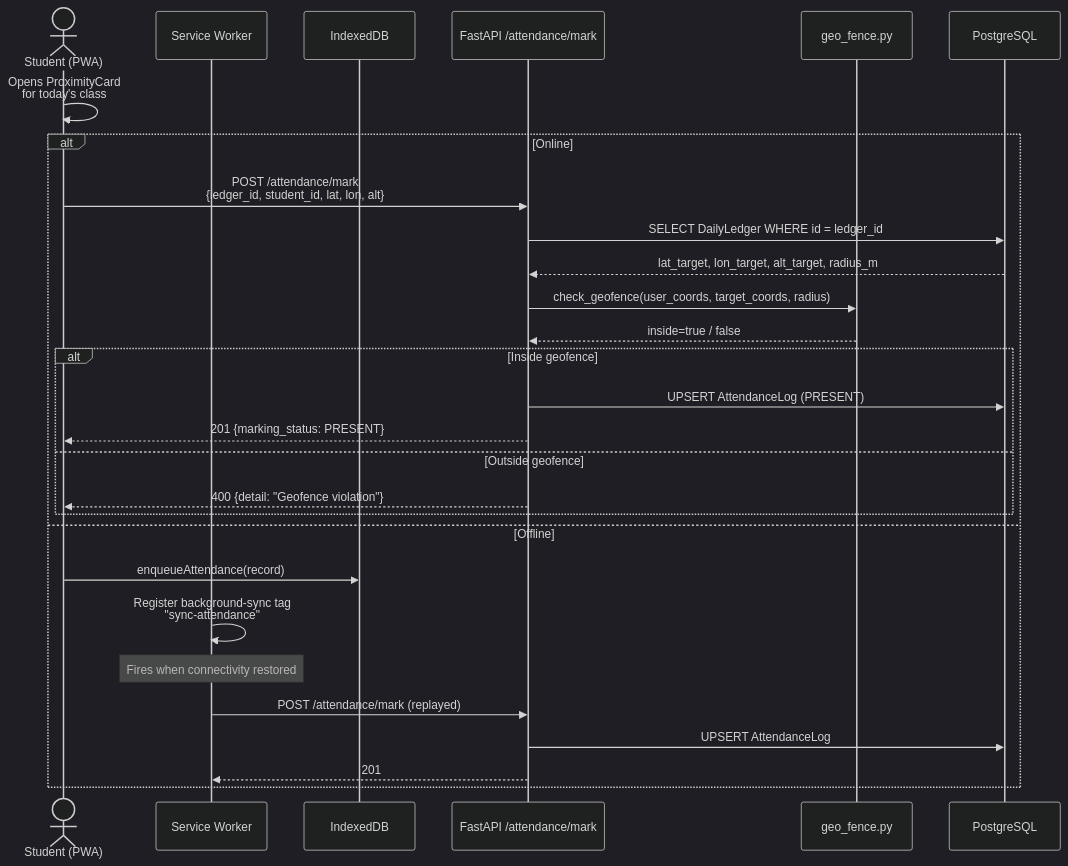
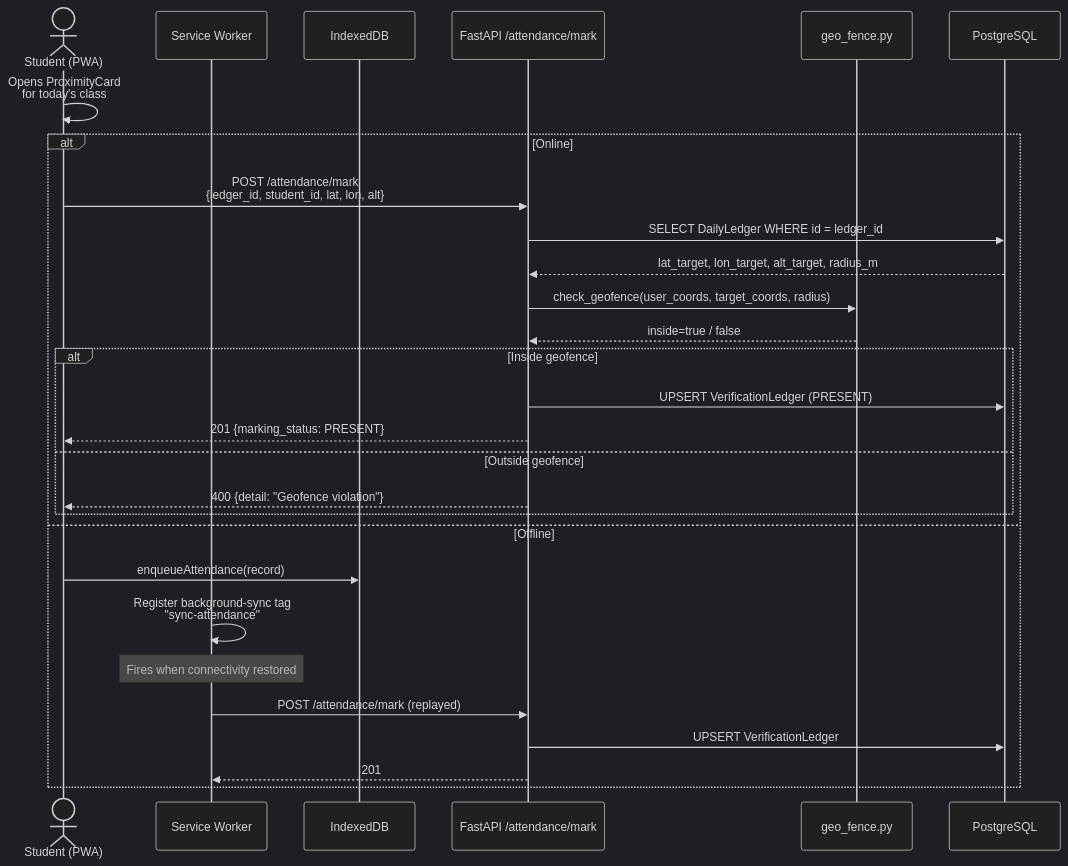
One commit to Life-Experimentalist/Chronos-Ledger changed the first of 4 diagrams in docs/flows.md. Above: the diagram before and after it, drawn with Mermaid (dark theme). The commit also changed other lines of this file and 3 other files, not shown here.

````diff
--- a/docs/flows.md
+++ b/docs/flows.md
@@ -12,32 +12,32 @@
 ```mermaid
 sequenceDiagram
     actor Stu as Student (PWA)
     participant SW as Service Worker
     participant IDB as IndexedDB
     participant API as FastAPI /attendance/mark
     participant GF as geo_fence.py
     participant DB as PostgreSQL
 
     Stu->>Stu: Opens ProximityCard<br/>for today's class
 
     alt Online
         Stu->>API: POST /attendance/mark<br/>{ledger_id, student_id, lat, lon, alt}
         API->>DB: SELECT DailyLedger WHERE id = ledger_id
         DB-->>API: lat_target, lon_target, alt_target, radius_m
         API->>GF: check_geofence(user_coords, target_coords, radius)
         GF-->>API: inside=true / false
         alt Inside geofence
-            API->>DB: UPSERT AttendanceLog (PRESENT)
+            API->>DB: UPSERT VerificationLedger (PRESENT)
             API-->>Stu: 201 {marking_status: PRESENT}
         else Outside geofence
             API-->>Stu: 400 {detail: "Geofence violation"}
         end
     else Offline
         Stu->>IDB: enqueueAttendance(record)
         SW->>SW: Register background-sync tag<br/>"sync-attendance"
         Note over SW: Fires when connectivity restored
         SW->>API: POST /attendance/mark (replayed)
-        API->>DB: UPSERT AttendanceLog
+        API->>DB: UPSERT VerificationLedger
         API-->>SW: 201
     end
 ```
````
